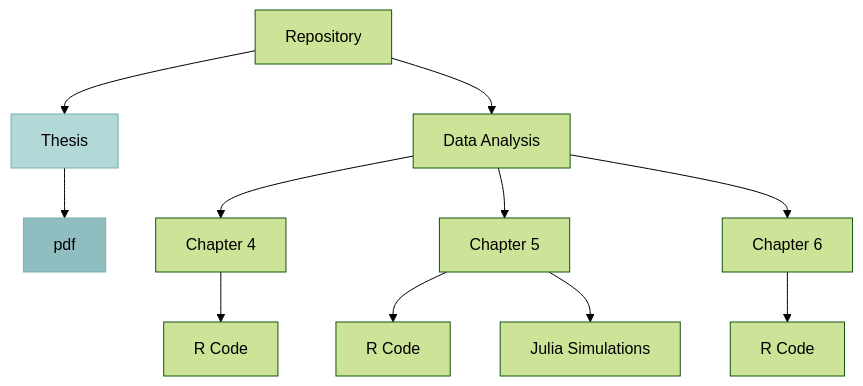
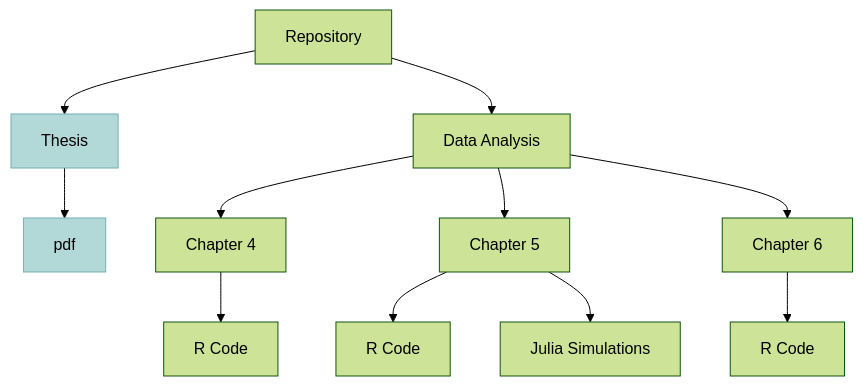
One commit to Raquel-Montero/PhDThesis changed the diagram in README.md. Above: the diagram before and after it, drawn with Mermaid (forest theme).

````diff
--- a/README.md
+++ b/README.md
@@ -6,15 +6,15 @@
 ```mermaid
 graph TD;
     A[Repository] -->B[Thesis];
     B[Thesis] -->B1[pdf];
     A[Repository]-->C[Data Analysis];
     C[Data Analysis] --> D[Chapter 4];
     D[Chapter 4] --> D1[R Code];
     C[Data Analysis] --> E[Chapter 5];
     E[Chapter 5] --> E1[R Code];
     E[Chapter 5] --> E2[Julia Simulations];
     C[Data Analysis] --> F[Chapter 6];
     F[Chapter 6] --> F1[R Code];
 style B fill:#b2d8d8, stroke:#75b0b2
-style B1 fill:#90bdbf, stroke:#75b0b2
+style B1 fill:#b2d8d8, stroke:#75b0b2
 ```
````
